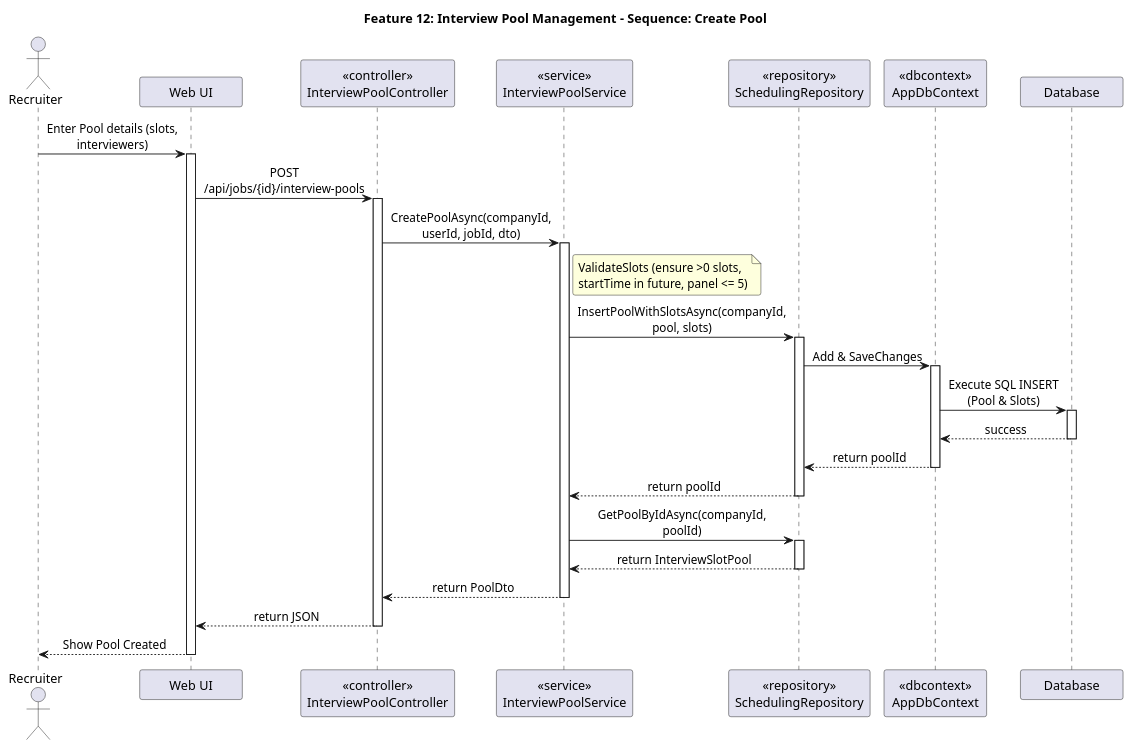
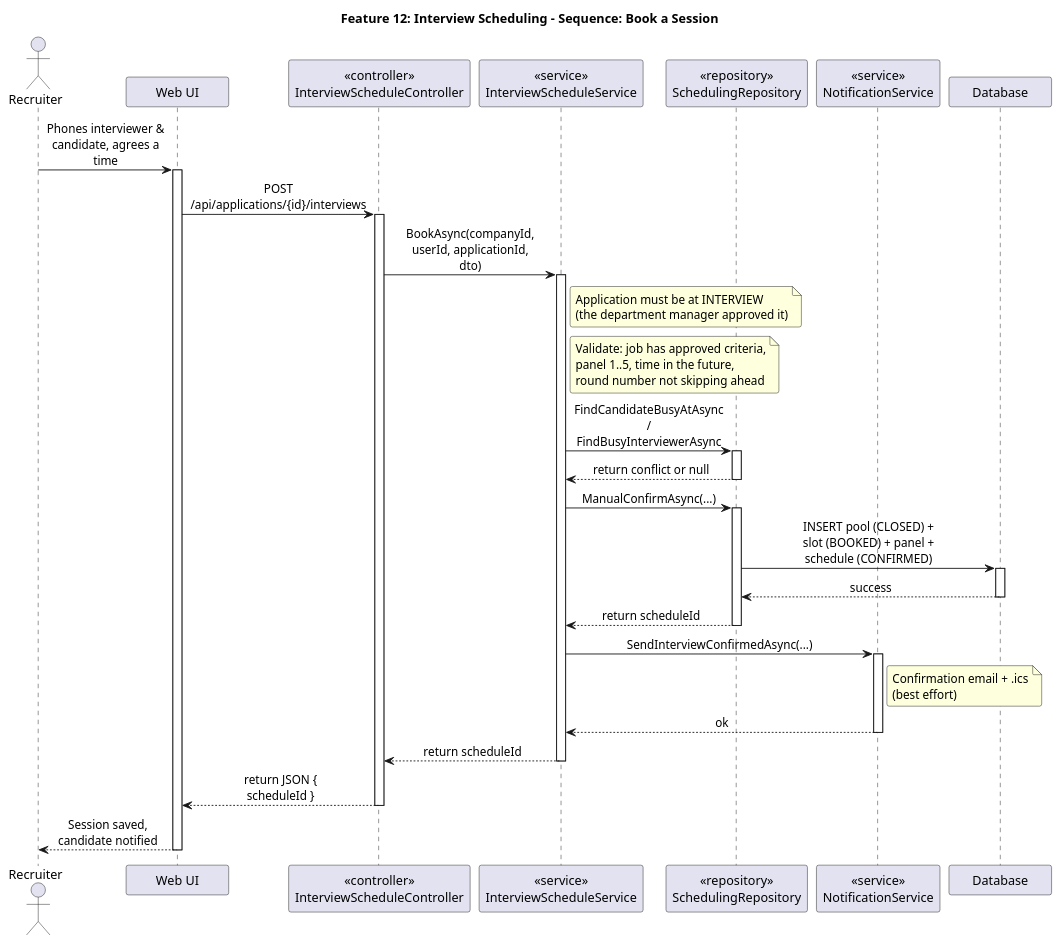
Before and after one commit to xXIOrehIXx/SRIS-Smart-Recruitment-and-Interview-System: the diagram in Development/backend/docs/features/feature12_seq_1.puml, drawn with PlantUML. The commit also changed 72 other files, not shown here.

First line of the commit message:
feat(pipeline): add Director role and drop candidate self-scheduling

```diff
--- a/Development/backend/docs/features/feature12_seq_1.puml
+++ b/Development/backend/docs/features/feature12_seq_1.puml
@@ -1,54 +1,58 @@
 @startuml Feature12_Seq_1
 skinparam maxMessageSize 150
 skinparam sequenceMessageAlign center
 skinparam roundcorner 5
 skinparam minClassWidth 100
 
-title **Feature 12: Interview Pool Management - Sequence: Create Pool**
+title **Feature 12: Interview Scheduling - Sequence: Book a Session**
 
 actor Recruiter
 participant "Web UI" as UI
-participant "<<controller>>\nInterviewPoolController" as Ctrl
-participant "<<service>>\nInterviewPoolService" as Svc
+participant "<<controller>>\nInterviewScheduleController" as Ctrl
+participant "<<service>>\nInterviewScheduleService" as Svc
 participant "<<repository>>\nSchedulingRepository" as Repo
-participant "<<dbcontext>>\nAppDbContext" as DbContext
+participant "<<service>>\nNotificationService" as Notify
 participant "Database" as DB
 
-Recruiter -> UI: Enter Pool details (slots, interviewers)
+Recruiter -> UI: Phones interviewer & candidate, agrees a time
 activate UI
 
-UI -> Ctrl: POST /api/jobs/{id}/interview-pools
+UI -> Ctrl: POST /api/applications/{id}/interviews
 activate Ctrl
 
-Ctrl -> Svc: CreatePoolAsync(companyId, userId, jobId, dto)
+Ctrl -> Svc: BookAsync(companyId, userId, applicationId, dto)
 activate Svc
 
-note right of Svc: ValidateSlots (ensure >0 slots,\nstartTime in future, panel <= 5)
+note right of Svc: Application must be at INTERVIEW\n(the department manager approved it)
 
-Svc -> Repo: InsertPoolWithSlotsAsync(companyId, pool, slots)
+note right of Svc: Validate: job has approved criteria,\npanel 1..5, time in the future,\nround number not skipping ahead
+
+Svc -> Repo: FindCandidateBusyAtAsync / FindBusyInterviewerAsync
 activate Repo
-Repo -> DbContext: Add & SaveChanges
-activate DbContext
-DbContext -> DB: Execute SQL INSERT (Pool & Slots)
-activate DB
-DB --> DbContext: success
-deactivate DB
-DbContext --> Repo: return poolId
-deactivate DbContext
-Repo --> Svc: return poolId
+Repo --> Svc: return conflict or null
 deactivate Repo
 
-Svc -> Repo: GetPoolByIdAsync(companyId, poolId)
+Svc -> Repo: ManualConfirmAsync(...)
 activate Repo
-Repo --> Svc: return InterviewSlotPool
+Repo -> DB: INSERT pool (CLOSED) + slot (BOOKED) + panel + schedule (CONFIRMED)
+activate DB
+DB --> Repo: success
+deactivate DB
+Repo --> Svc: return scheduleId
 deactivate Repo
 
-Svc --> Ctrl: return PoolDto
+Svc -> Notify: SendInterviewConfirmedAsync(...)
+activate Notify
+note right of Notify: Confirmation email + .ics\n(best effort)
+Notify --> Svc: ok
+deactivate Notify
+
+Svc --> Ctrl: return scheduleId
 deactivate Svc
 
-Ctrl --> UI: return JSON
+Ctrl --> UI: return JSON { scheduleId }
 deactivate Ctrl
 
-UI --> Recruiter: Show Pool Created
+UI --> Recruiter: Session saved, candidate notified
 deactivate UI
 @enduml
```
